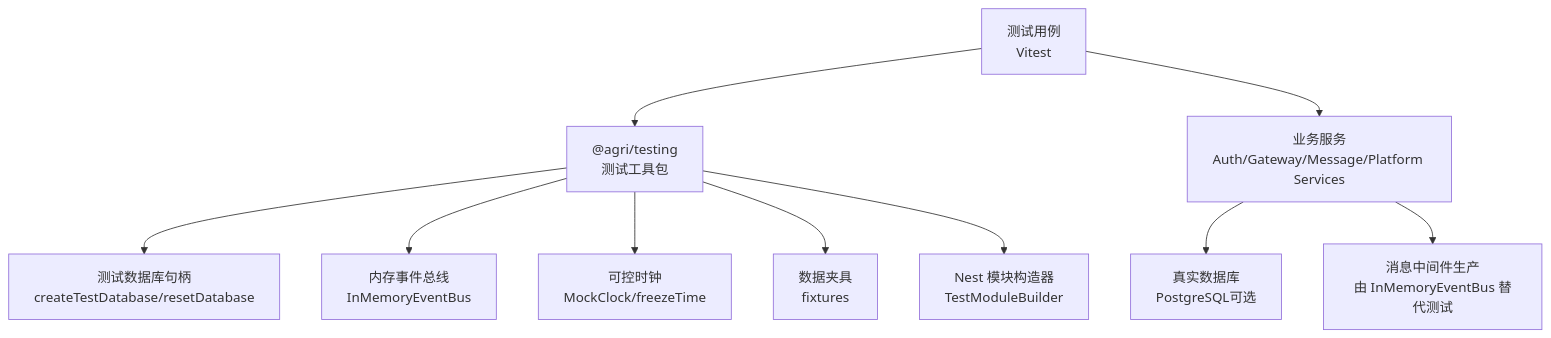
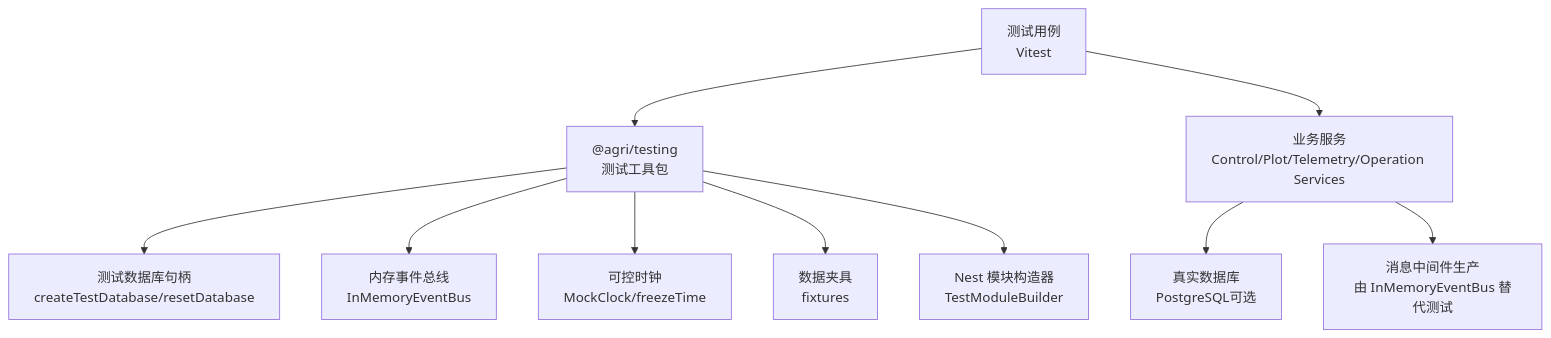
Before and after one commit to q446328246/agri-platform: the second of 37 diagrams in .qoder/repowiki/zh/content/测试策略/测试策略.md, drawn with Mermaid. The commit also changed other lines of this file and 68 other files, not shown here.

````diff
--- a/.qoder/repowiki/zh/content/测试策略/测试策略.md
+++ b/.qoder/repowiki/zh/content/测试策略/测试策略.md
@@ -124,12 +138,12 @@
 ```mermaid
 graph TB
 Test["测试用例<br/>Vitest"] --> Tools["@agri/testing<br/>测试工具包"]
 Tools --> DBH["测试数据库句柄<br/>createTestDatabase/resetDatabase"]
 Tools --> Bus["内存事件总线<br/>InMemoryEventBus"]
 Tools --> Clock["可控时钟<br/>MockClock/freezeTime"]
 Tools --> Fixtures["数据夹具<br/>fixtures"]
 Tools --> ModuleBuilder["Nest 模块构造器<br/>TestModuleBuilder"]
-Test --> Service["业务服务<br/>Auth/Gateway/Message/Platform Services"]
+Test --> Service["业务服务<br/>Control/Plot/Telemetry/Operation Services"]
 Service --> RealDB["真实数据库<br/>PostgreSQL可选"]
 Service --> MQ["消息中间件生产<br/>由 InMemoryEventBus 替代测试"]
 ```
````
